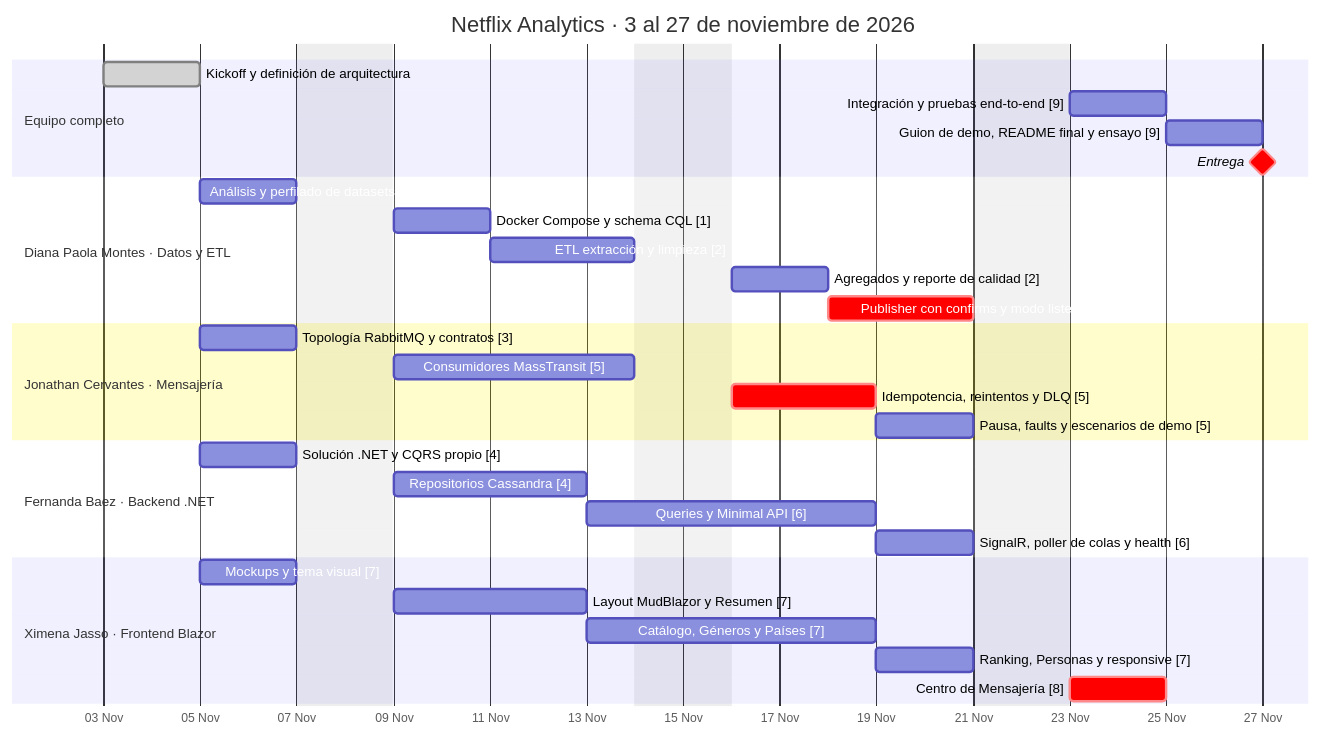
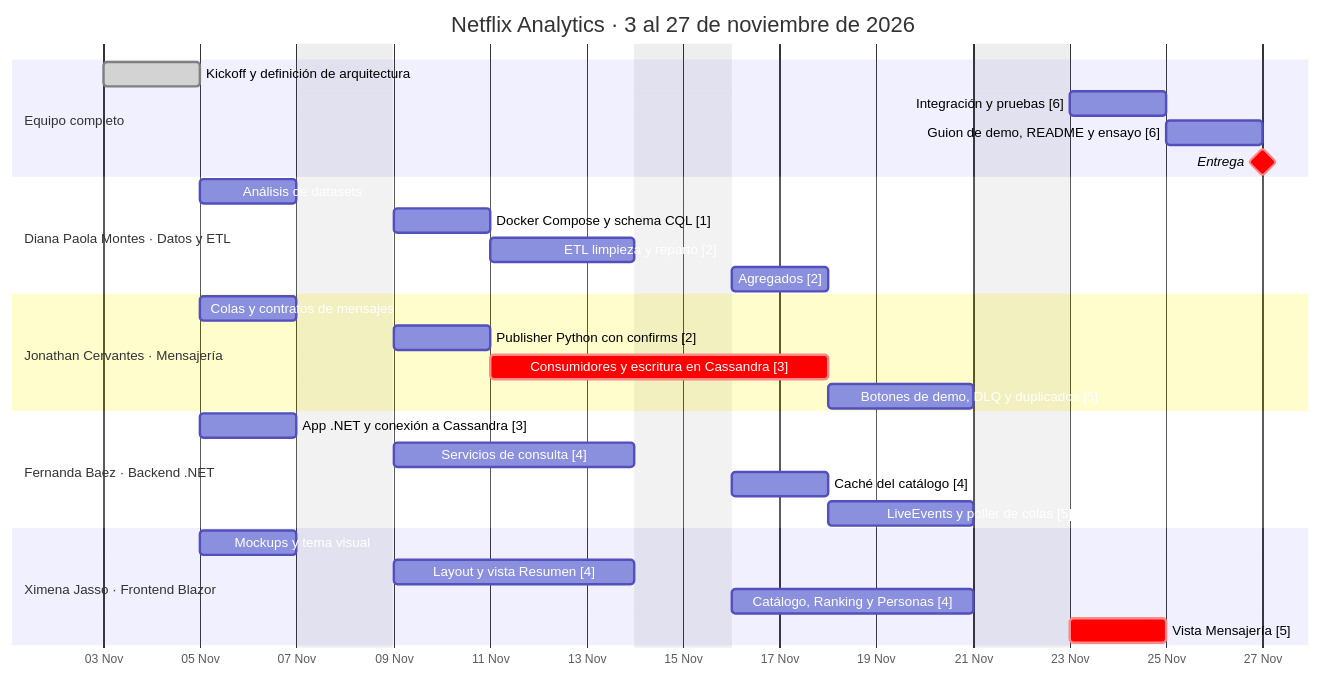
One commit to dPaolaMon/BDNOSQL-Netflix changed the diagram in openspec/changes/netflix-analytics-platform/cronograma.md. Above: the diagram before and after it, drawn with Mermaid. The commit also changed other lines of this file and 11 other files, not shown here.

````diff
--- a/openspec/changes/netflix-analytics-platform/cronograma.md
+++ b/openspec/changes/netflix-analytics-platform/cronograma.md
@@ -11,40 +11,38 @@
 ```mermaid
 gantt
     title Netflix Analytics · 3 al 27 de noviembre de 2026
     dateFormat YYYY-MM-DD
     axisFormat %d %b
     excludes weekends
     todayMarker off
 
     section Equipo completo
     Kickoff y definición de arquitectura        :done, t1, 2026-11-03, 2d
-    Integración y pruebas end-to-end [9]        :t2, 2026-11-23, 2d
-    Guion de demo, README final y ensayo [9]    :t3, 2026-11-25, 2d
+    Integración y pruebas [6]                   :t2, 2026-11-23, 2d
+    Guion de demo, README y ensayo [6]          :t3, 2026-11-25, 2d
     Entrega                                     :milestone, crit, m1, 2026-11-27, 0d
 
     section Diana Paola Montes · Datos y ETL
-    Análisis y perfilado de datasets            :d1, 2026-11-05, 2d
+    Análisis de datasets                        :d1, 2026-11-05, 2d
     Docker Compose y schema CQL [1]             :d2, 2026-11-09, 2d
-    ETL extracción y limpieza [2]               :d3, 2026-11-11, 3d
-    Agregados y reporte de calidad [2]          :d4, 2026-11-16, 2d
-    Publisher con confirms y modo listen [3]    :crit, d5, 2026-11-18, 3d
+    ETL limpieza y reparto [2]                  :d3, 2026-11-11, 3d
+    Agregados [2]                               :d4, 2026-11-16, 2d
 
     section Jonathan Cervantes · Mensajería
-    Topología RabbitMQ y contratos [3]          :j1, 2026-11-05, 2d
-    Consumidores MassTransit [5]                :j2, 2026-11-09, 5d
-    Idempotencia, reintentos y DLQ [5]          :crit, j3, 2026-11-16, 3d
-    Pausa, faults y escenarios de demo [5]      :j4, 2026-11-19, 2d
+    Colas y contratos de mensajes               :j1, 2026-11-05, 2d
+    Publisher Python con confirms [2]           :j2, 2026-11-09, 2d
+    Consumidores y escritura en Cassandra [3]   :crit, j3, 2026-11-11, 5d
+    Botones de demo, DLQ y duplicados [5]       :j4, 2026-11-18, 3d
 
     section Fernanda Baez · Backend .NET
-    Solución .NET y CQRS propio [4]             :f1, 2026-11-05, 2d
-    Repositorios Cassandra [4]                  :f2, 2026-11-09, 4d
-    Queries y Minimal API [6]                   :f3, 2026-11-13, 4d
-    SignalR, poller de colas y health [6]       :f4, 2026-11-19, 2d
+    App .NET y conexión a Cassandra [3]         :f1, 2026-11-05, 2d
+    Servicios de consulta [4]                   :f2, 2026-11-09, 5d
+    Caché del catálogo [4]                      :f3, 2026-11-16, 2d
+    LiveEvents y poller de colas [5]            :f4, 2026-11-18, 3d
 
     section Ximena Jasso · Frontend Blazor
-    Mockups y tema visual [7]                   :x1, 2026-11-05, 2d
-    Layout MudBlazor y Resumen [7]              :x2, 2026-11-09, 4d
-    Catálogo, Géneros y Países [7]              :x3, 2026-11-13, 4d
-    Ranking, Personas y responsive [7]          :x4, 2026-11-19, 2d
-    Centro de Mensajería [8]                    :crit, x5, 2026-11-23, 2d
+    Mockups y tema visual                       :x1, 2026-11-05, 2d
+    Layout y vista Resumen [4]                  :x2, 2026-11-09, 5d
+    Catálogo, Ranking y Personas [4]            :x3, 2026-11-16, 5d
+    Vista Mensajería [5]                        :crit, x4, 2026-11-23, 2d
 ```
````
